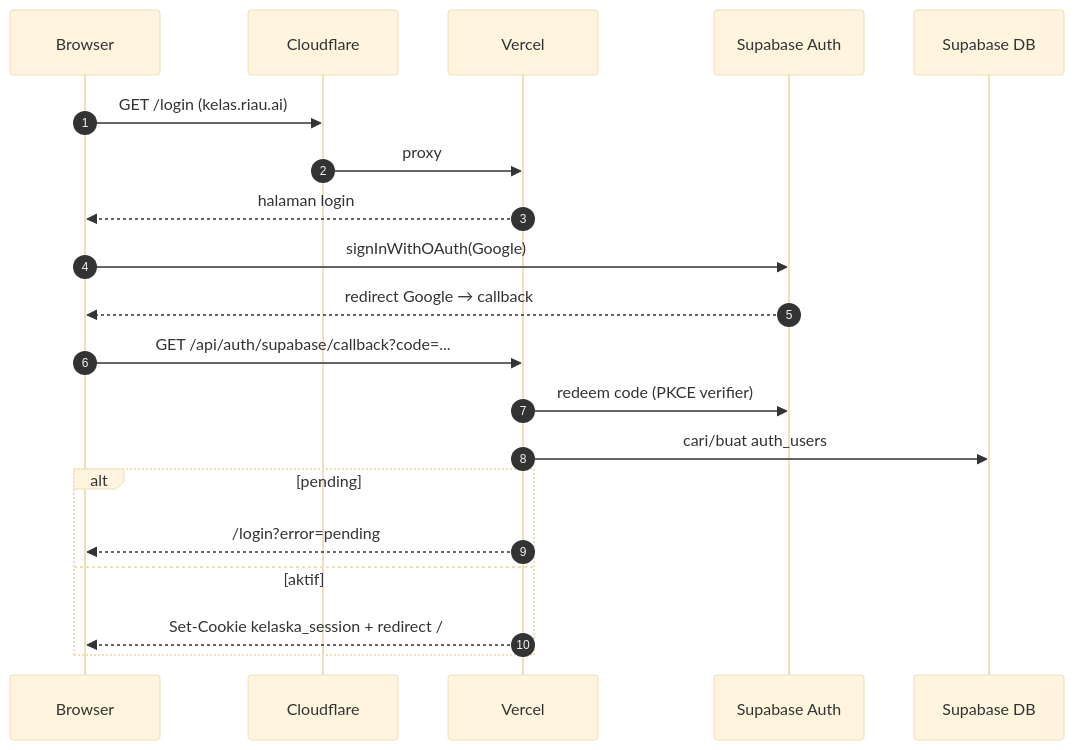
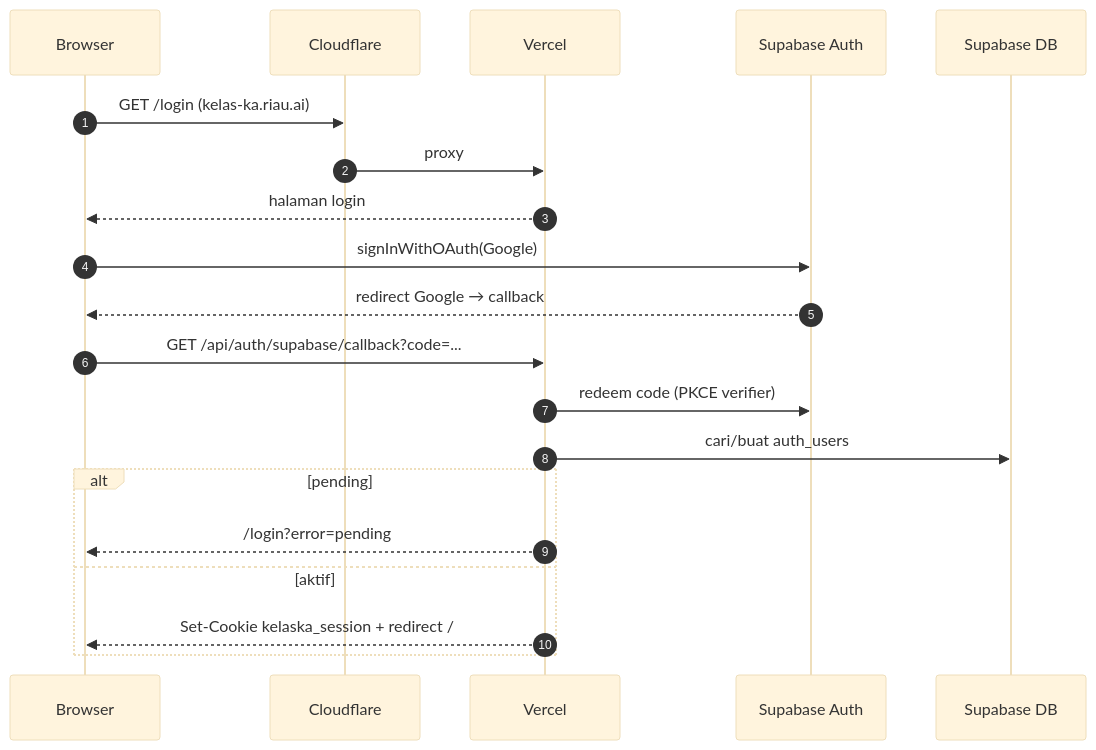
The first of 3 diagrams in docs/prd/PRD-produksi-kelaska-2026.md (ade-karya/KelasKA), drawn with Mermaid (base theme) before and after one commit. The commit also changed other lines of this file and 5 other files, not shown here.

Commit message:
docs(vercel): align scaffold with kelas-ka.riau.ai and record Hobby limit

````diff
--- a/docs/prd/PRD-produksi-kelaska-2026.md
+++ b/docs/prd/PRD-produksi-kelaska-2026.md
@@ -390,22 +390,22 @@
 ```mermaid
 sequenceDiagram
     autonumber
     participant B as Browser
     participant C as Cloudflare
     participant V as Vercel
     participant S as Supabase Auth
     participant D as Supabase DB
-    B->>C: GET /login (kelas.riau.ai)
+    B->>C: GET /login (kelas-ka.riau.ai)
     C->>V: proxy
     V-->>B: halaman login
     B->>S: signInWithOAuth(Google)
     S-->>B: redirect Google → callback
     B->>V: GET /api/auth/supabase/callback?code=...
     V->>S: redeem code (PKCE verifier)
     V->>D: cari/buat auth_users
     alt pending
         V-->>B: /login?error=pending
     else aktif
         V-->>B: Set-Cookie kelaska_session + redirect /
     end
 ```
````
